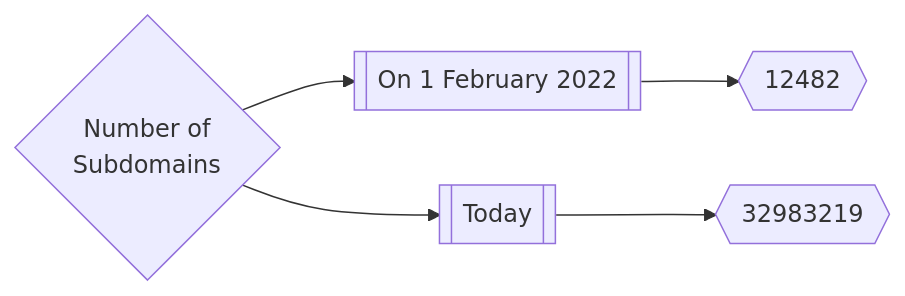
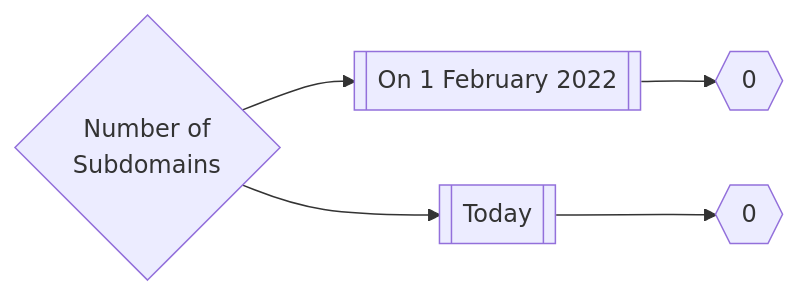
The first of 3 diagrams in README.md (trickest/inventory), drawn with Mermaid before and after one commit. The commit also changed other lines of this file and 1 other file, not shown here.

````diff
--- a/README.md
+++ b/README.md
@@ -13,5 +13,5 @@
 ```mermaid
 graph LR
-title{Number of<br>Subdomains} --> subdomainsDate1[[On 1 February 2022]] --> subdomainsNum1{{12482}}
-title --> subdomainsDate2[[Today]] --> subdomainsNum2{{32983219}}
+title{Number of<br>Subdomains} --> subdomainsDate1[[On 1 February 2022]] --> subdomainsNum1{{0}}
+title --> subdomainsDate2[[Today]] --> subdomainsNum2{{0}}
 ```
````
